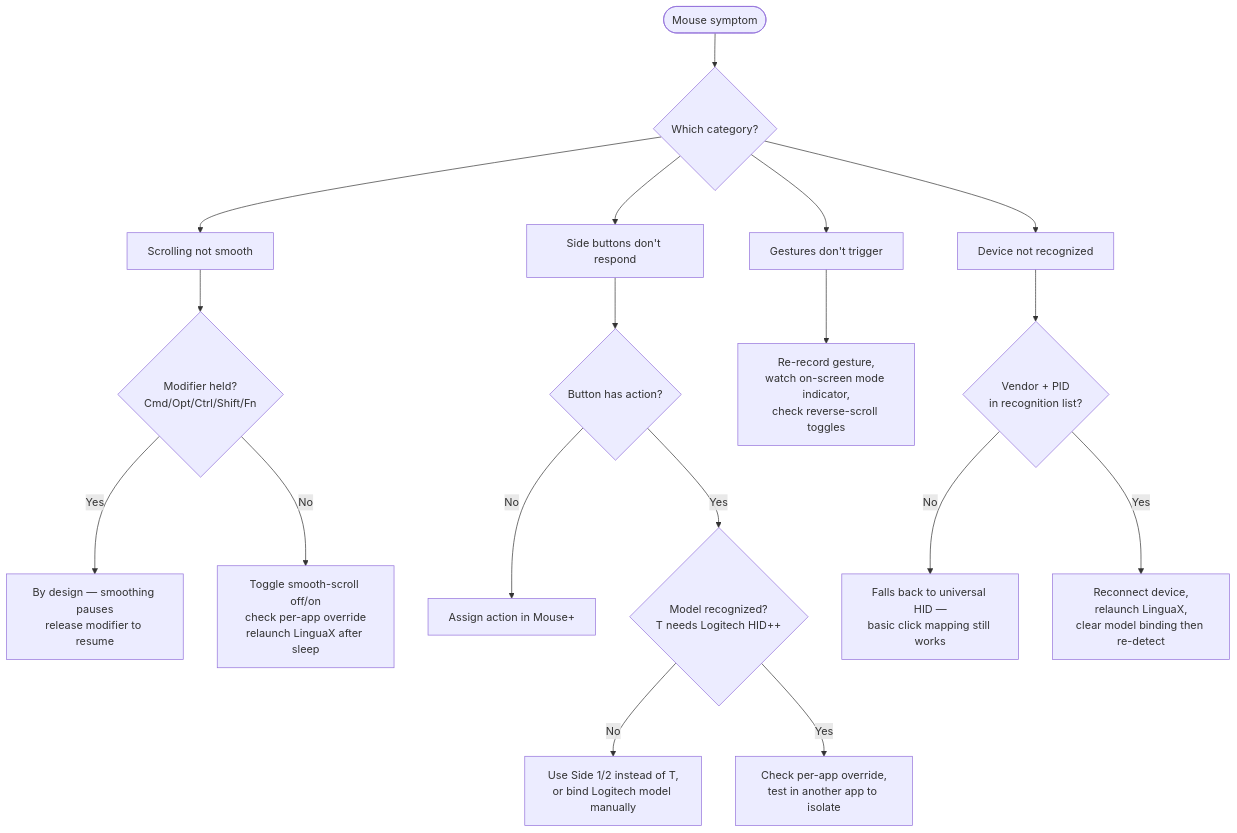
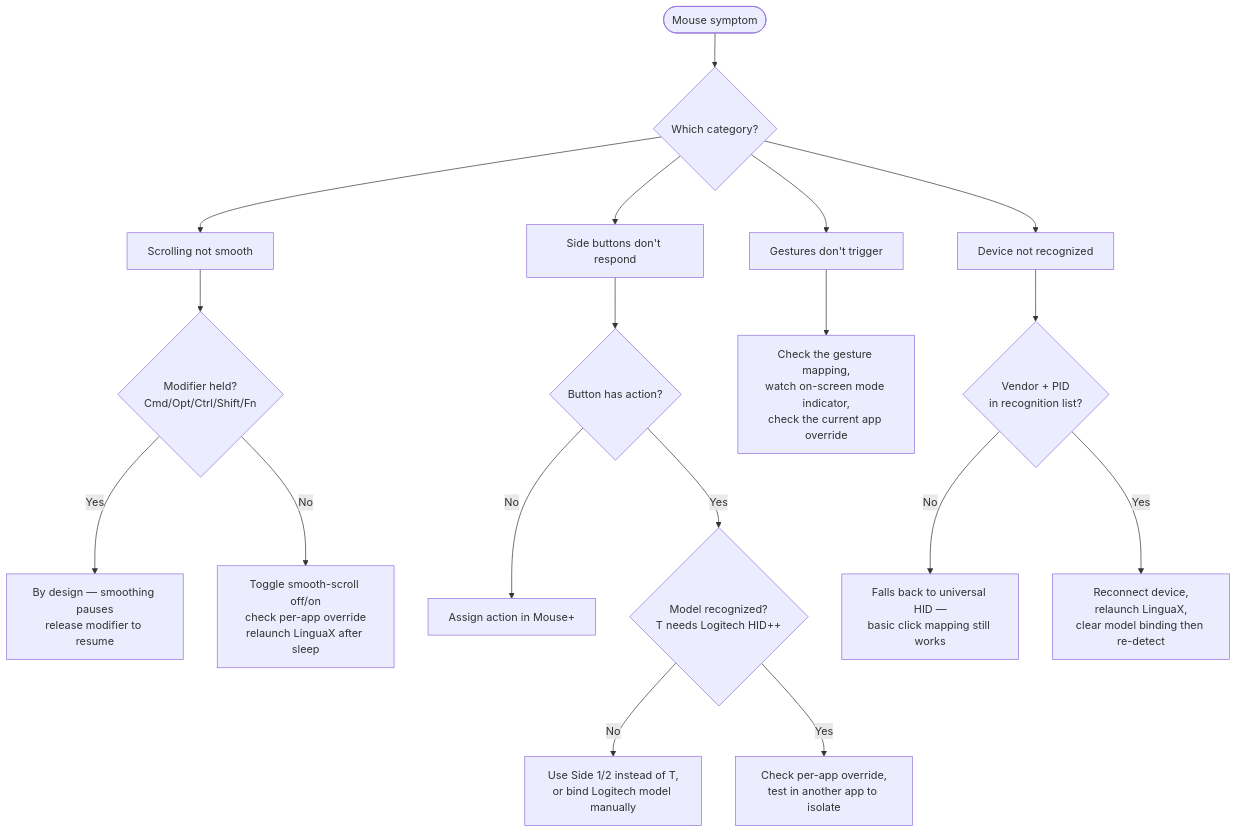
Before and after one commit to xiaopozhu/linguax-web: the diagram in docs/troubleshooting/mouse-issues.md, drawn with Mermaid. The commit also changed other lines of this file and 110 other files, not shown here.

````diff
--- a/docs/troubleshooting/mouse-issues.md
+++ b/docs/troubleshooting/mouse-issues.md
@@ -16,20 +16,20 @@
 ```mermaid
 flowchart TD
     S([Mouse symptom]) --> T{Which category?}
     T --> SC[Scrolling not smooth]
     T --> SB[Side buttons don't respond]
     T --> G[Gestures don't trigger]
     T --> DR[Device not recognized]
     SC --> SC1{Modifier held?<br/>Cmd/Opt/Ctrl/Shift/Fn}
     SC1 -- Yes --> SCF[By design — smoothing pauses<br/>release modifier to resume]
     SC1 -- No --> SC2[Toggle smooth-scroll off/on<br/>check per-app override<br/>relaunch LinguaX after sleep]
     SB --> SB1{Button has action?}
     SB1 -- No --> SBF[Assign action in Mouse+]
     SB1 -- Yes --> SB2{Model recognized?<br/>T needs Logitech HID++}
     SB2 -- No --> SB3[Use Side 1/2 instead of T,<br/>or bind Logitech model manually]
     SB2 -- Yes --> SB4[Check per-app override,<br/>test in another app to isolate]
-    G --> G1[Re-record gesture,<br/>watch on-screen mode indicator,<br/>check reverse-scroll toggles]
+    G --> G1[Check the gesture mapping,<br/>watch on-screen mode indicator,<br/>check the current app override]
     DR --> DR1{Vendor + PID<br/>in recognition list?}
     DR1 -- No --> DR2[Falls back to universal HID —<br/>basic click mapping still works]
     DR1 -- Yes --> DR3[Reconnect device,<br/>relaunch LinguaX,<br/>clear model binding then re-detect]
 ```
````
